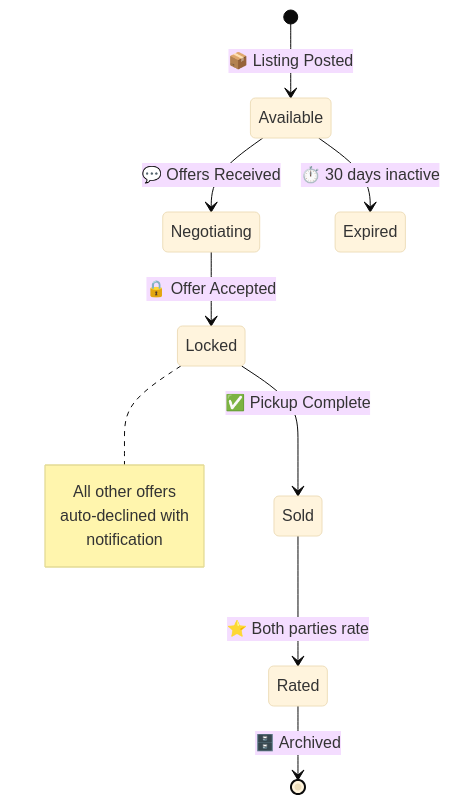
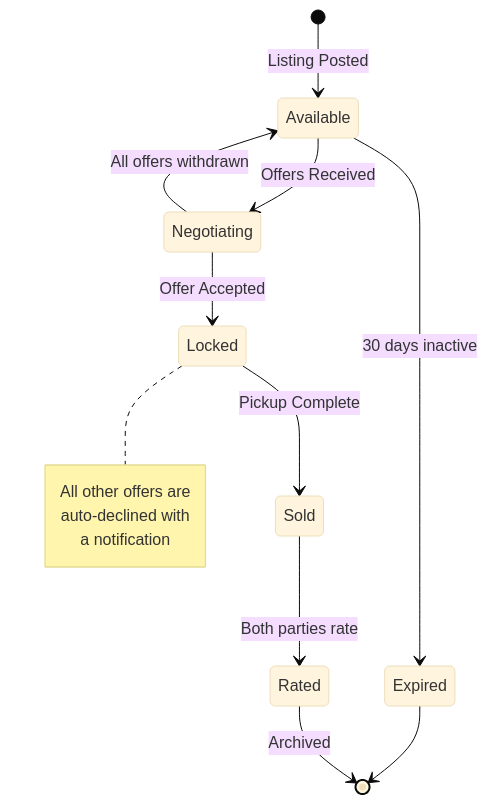
The third of 5 diagrams in README.md (Kanthi-varshini/Resellring), drawn with Mermaid (base theme) before and after one commit. The commit also changed other lines of this file, not shown here.

````diff
--- a/README.md
+++ b/README.md
@@ -126,16 +126,18 @@
 ```mermaid
 stateDiagram-v2
-    [*] --> Available: 📦 Listing Posted
-    Available --> Negotiating: 💬 Offers Received
-    Negotiating --> Locked: 🔒 Offer Accepted
-    Locked --> Sold: ✅ Pickup Complete
-    Available --> Expired: ⏱️ 30 days inactive
-    Sold --> Rated: ⭐ Both parties rate
-    Rated --> [*]: 🗄️ Archived
+    [*] --> Available: Listing Posted
+    Available --> Negotiating: Offers Received
+    Negotiating --> Available: All offers withdrawn
+    Negotiating --> Locked: Offer Accepted
+    Locked --> Sold: Pickup Complete
+    Available --> Expired: 30 days inactive
+    Expired --> [*]
+    Sold --> Rated: Both parties rate
+    Rated --> [*]: Archived
 
     note right of Locked
-        All other offers
+        All other offers are
         auto-declined with
-        notification
+        a notification
     end note
 ```
````
